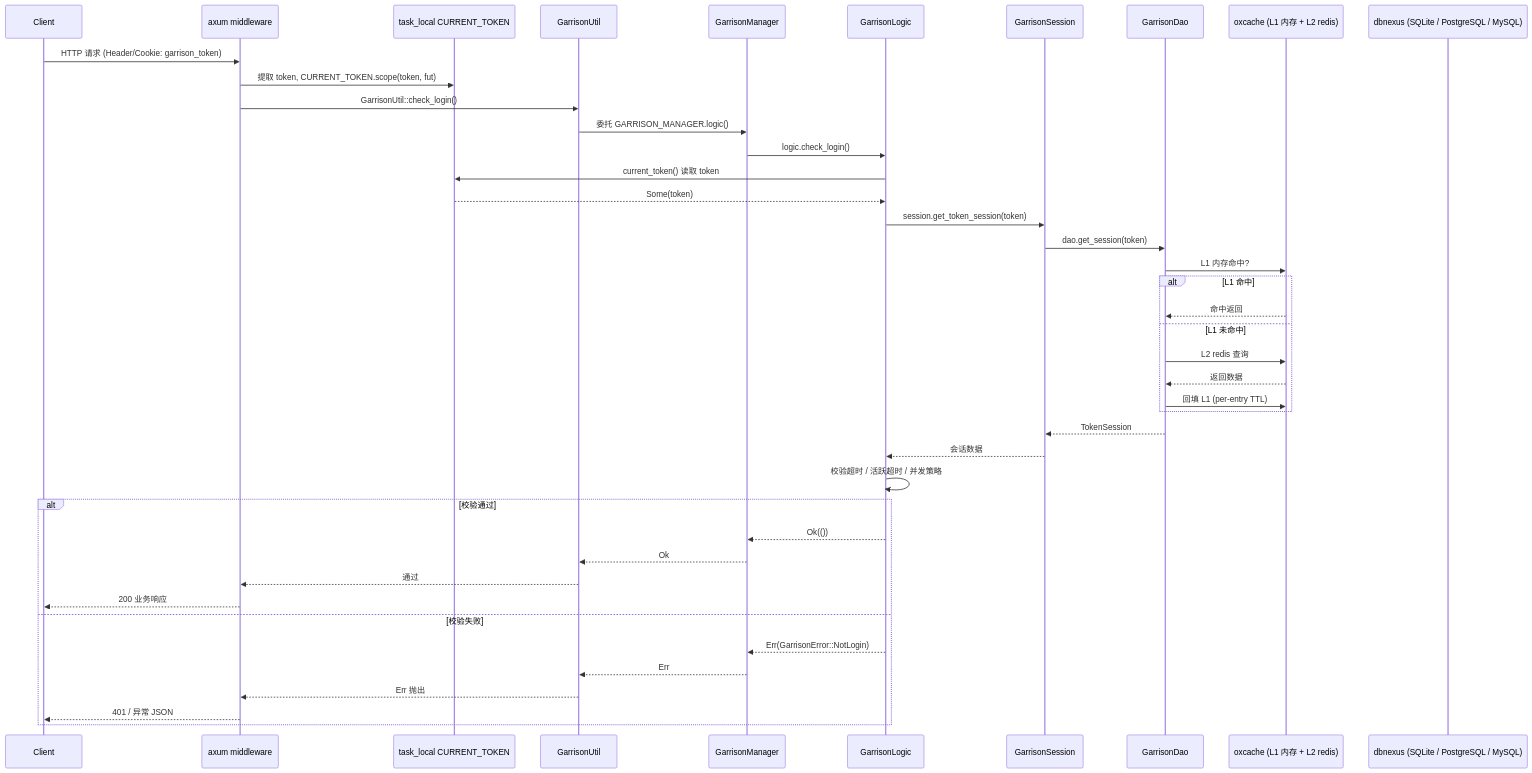
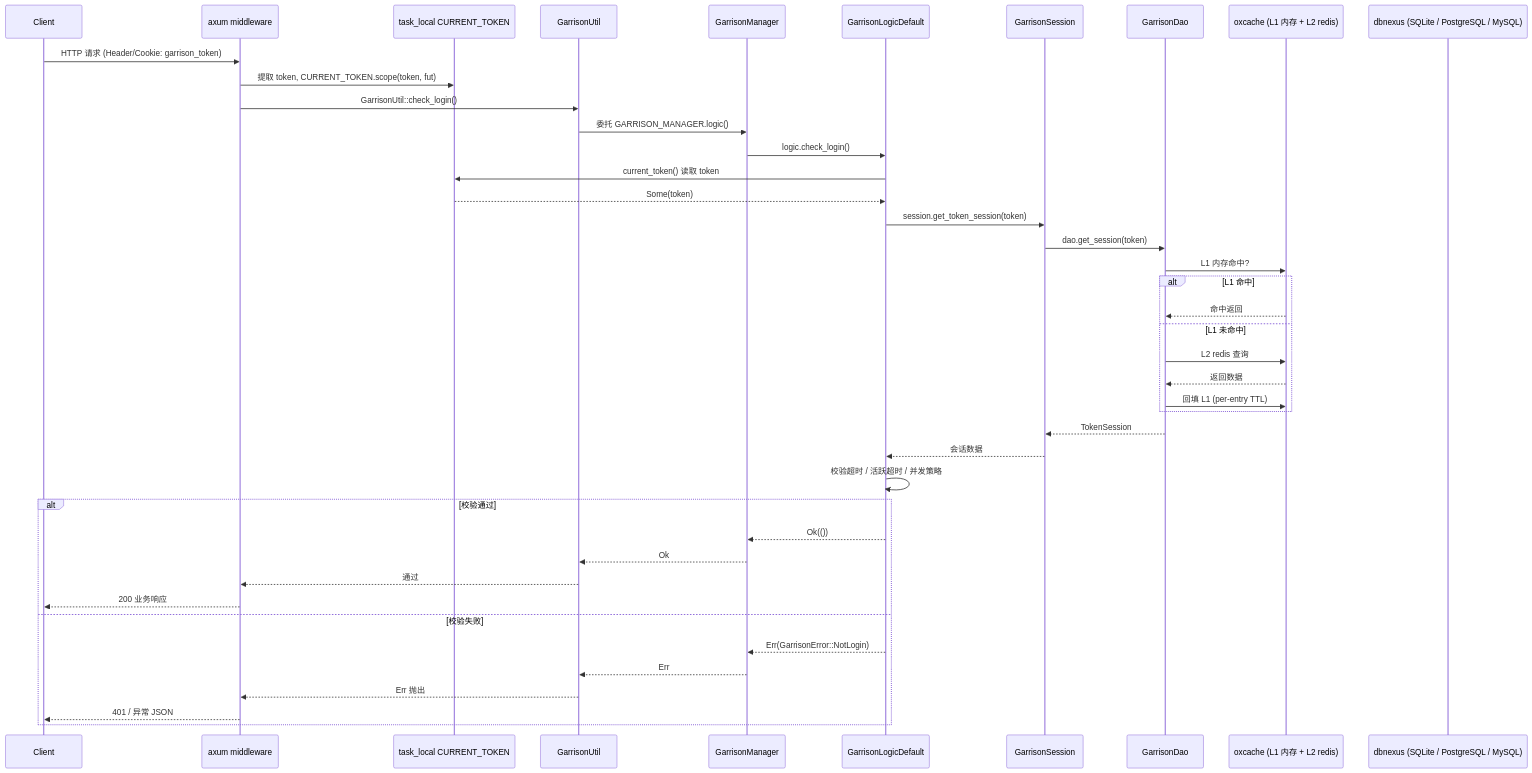
Before and after one commit to Kirky-X/garrison: the third of 3 diagrams in docs/ARCHITECTURE.md, drawn with Mermaid. The commit also changed other lines of this file and 10 other files, not shown here.

````diff
--- a/docs/ARCHITECTURE.md
+++ b/docs/ARCHITECTURE.md
@@ -220,45 +262,45 @@
 ```mermaid
 sequenceDiagram
     participant C as Client
     participant AX as axum middleware
     participant TL as task_local CURRENT_TOKEN
     participant BU as GarrisonUtil
     participant BM as GarrisonManager
-    participant BL as GarrisonLogic
+    participant BL as GarrisonLogicDefault
     participant BS as GarrisonSession
     participant BD as GarrisonDao
     participant OC as oxcache (L1 内存 + L2 redis)
     participant DB as dbnexus (SQLite / PostgreSQL / MySQL)
 
     C->>AX: HTTP 请求 (Header/Cookie: garrison_token)
     AX->>TL: 提取 token, CURRENT_TOKEN.scope(token, fut)
     AX->>BU: GarrisonUtil::check_login()
     BU->>BM: 委托 GARRISON_MANAGER.logic()
     BM->>BL: logic.check_login()
     BL->>TL: current_token() 读取 token
     TL-->>BL: Some(token)
     BL->>BS: session.get_token_session(token)
     BS->>BD: dao.get_session(token)
     BD->>OC: L1 内存命中?
     alt L1 命中
         OC-->>BD: 命中返回
     else L1 未命中
         BD->>OC: L2 redis 查询
         OC-->>BD: 返回数据
         BD->>OC: 回填 L1 (per-entry TTL)
     end
     BD-->>BS: TokenSession
     BS-->>BL: 会话数据
     BL->>BL: 校验超时 / 活跃超时 / 并发策略
     alt 校验通过
         BL-->>BM: Ok(())
         BM-->>BU: Ok
         BU-->>AX: 通过
         AX-->>C: 200 业务响应
     else 校验失败
         BL-->>BM: Err(GarrisonError::NotLogin)
         BM-->>BU: Err
         BU-->>AX: Err 抛出
         AX-->>C: 401 / 异常 JSON
     end
 ```
````
